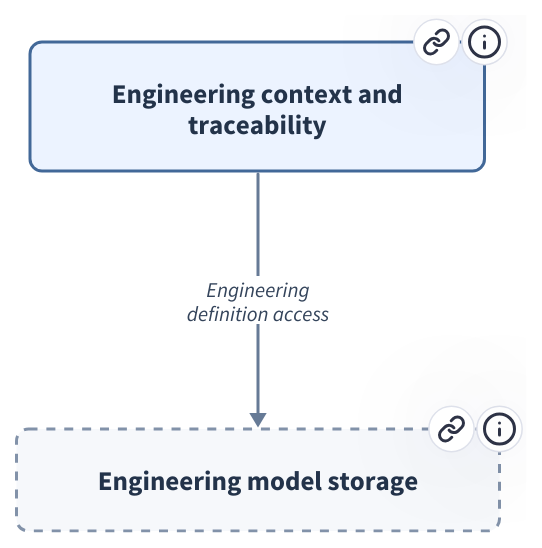
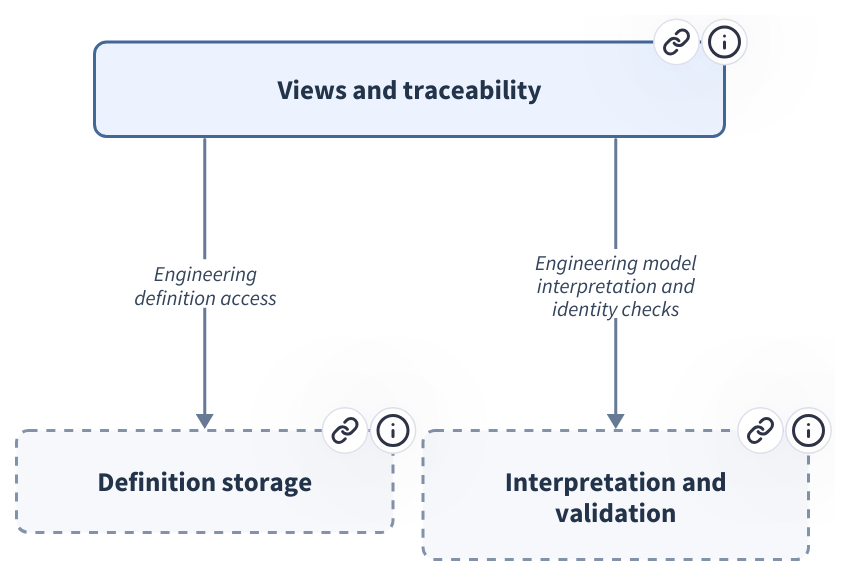
One commit to xiongxianfei/rigorloop changed the diagram in design/architecture/views/browser/diagrams/module-MOD-004.d2. Above: the diagram before and after it, drawn with D2. The commit also changed 378 other files, not shown here.

First line of the commit message:
Refine engineering design and architecture browser

```diff
--- a/design/architecture/views/browser/diagrams/module-MOD-004.d2
+++ b/design/architecture/views/browser/diagrams/module-MOD-004.d2
@@ -1,37 +1,56 @@
 # Generated from canonical REM records; do not edit.
-# Source identity: 2cf8f01cf8087e0b226dbd431d6452970b13954a16b84408d91173987708417e
+# Source identity: 3b423207b261cd33066f4517d60da462b029232e9d9a626120e9b455a4b27e5a
 # Arrows show consumer -> provider; they do not show execution order.
 vars: {
   d2-config: {
     layout-engine: elk
   }
 }
 direction: down
 
-m_4d4f442d303034: "Engineering context and\ntraceability" {
+m_4d4f442d303034: "Views and traceability" {
   link: "#module/MOD-004"
-  tooltip: "Engineering context and traceability (MOD-004)"
+  tooltip: "Views and traceability (MOD-004)"
   style.fill: "#ECF3FF"
   style.stroke: "#426898"
   style.font-color: "#23334A"
   style.font-size: 18
   style.border-radius: 8
+  width: 420
 }
-m_4d4f442d303031: "Engineering model storage" {
+m_4d4f442d303031: "Definition storage" {
   link: "#module/MOD-001"
-  tooltip: "Engineering model storage (MOD-001)"
+  tooltip: "Definition storage (MOD-001)"
+  style.fill: "#F6F8FB"
+  style.stroke: "#8292A9"
+  style.font-color: "#23334A"
+  style.font-size: 18
+  style.border-radius: 8
+  style.stroke-dash: 3
+}
+m_4d4f442d303033: "Interpretation and\nvalidation" {
+  link: "#module/MOD-003"
+  tooltip: "Interpretation and validation (MOD-003)"
   style.fill: "#F6F8FB"
   style.stroke: "#8292A9"
   style.font-color: "#23334A"
   style.font-size: 18
   style.border-radius: 8
   style.stroke-dash: 3
 }
 m_4d4f442d303034 -> m_4d4f442d303031: "Engineering\ndefinition access" {
   link: "#interface/IF-001"
   tooltip: "Engineering definition access (IF-001)"
   style.stroke: "#667A96"
   style.font-color: "#34445B"
   style.fill: "#FFFFFF"
   style.font-size: 14
 }
+m_4d4f442d303034 -> m_4d4f442d303033: "Engineering model\ninterpretation and\nidentity checks" {
+  link: "#interface/IF-002"
+  tooltip: "Engineering model interpretation and identity checks (IF-002)"
+  style.stroke: "#667A96"
+  style.font-color: "#34445B"
+  style.fill: "#FFFFFF"
+  style.font-size: 14
+}
```
